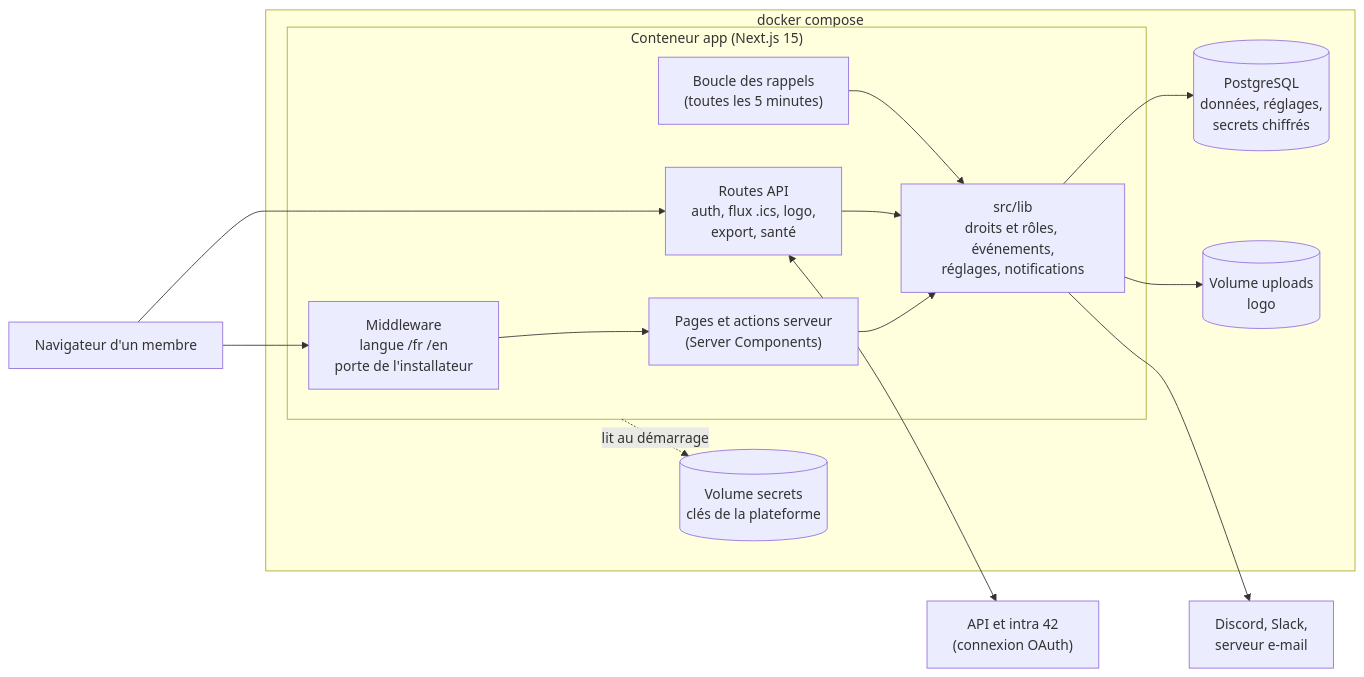
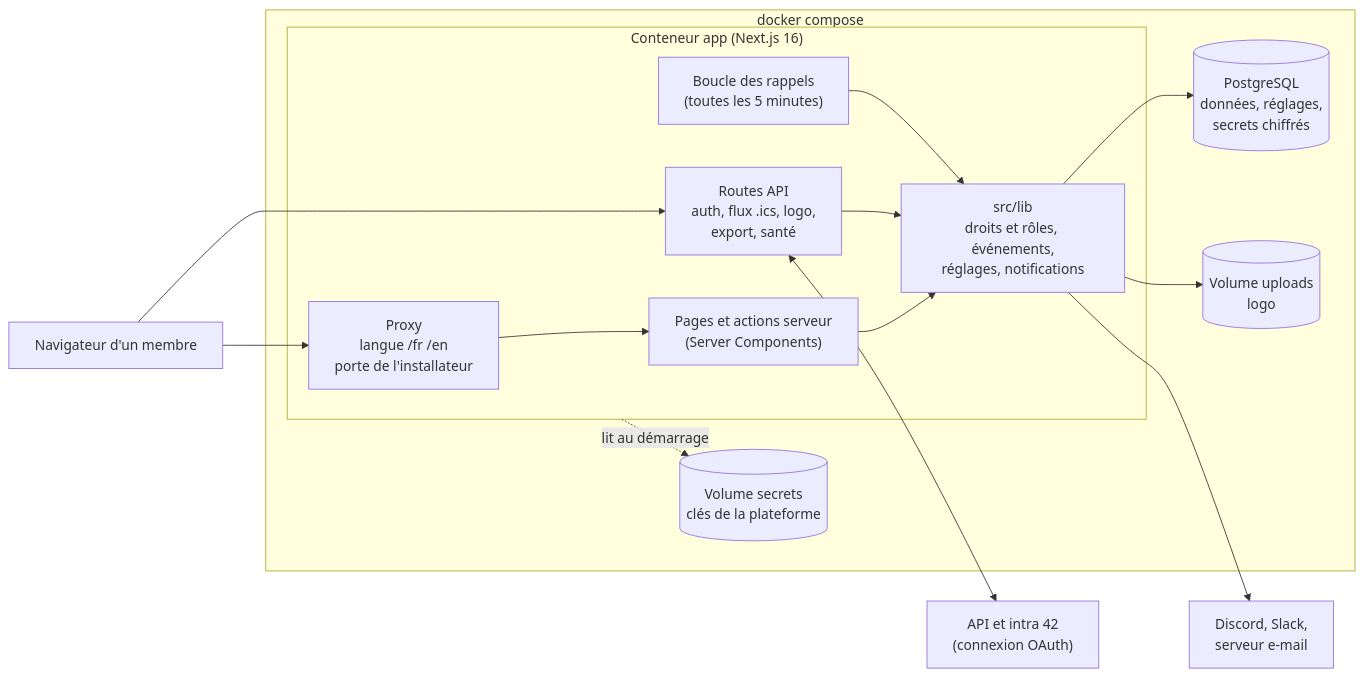
One commit to edouardbautz/BDE_Network changed the first of 2 diagrams in docs/fr/contributing.md. Above: the diagram before and after it, drawn with Mermaid. The commit also changed 28 other files, not shown here.

````diff
--- a/docs/fr/contributing.md
+++ b/docs/fr/contributing.md
@@ -18,31 +18,31 @@
 ```mermaid
 flowchart LR
   browser["Navigateur d'un membre"]
 
   subgraph docker["docker compose"]
-    subgraph app["Conteneur app (Next.js 15)"]
-      middleware["Middleware<br/>langue /fr /en<br/>porte de l'installateur"]
+    subgraph app["Conteneur app (Next.js 16)"]
+      middleware["Proxy<br/>langue /fr /en<br/>porte de l'installateur"]
       pages["Pages et actions serveur<br/>(Server Components)"]
       api["Routes API<br/>auth, flux .ics, logo,<br/>export, santé"]
       lib["src/lib<br/>droits et rôles, événements,<br/>réglages, notifications"]
       scheduler["Boucle des rappels<br/>(toutes les 5 minutes)"]
     end
     db[("PostgreSQL<br/>données, réglages,<br/>secrets chiffrés")]
     secrets[("Volume secrets<br/>clés de la plateforme")]
     uploads[("Volume uploads<br/>logo")]
   end
 
   fortytwo["API et intra 42<br/>(connexion OAuth)"]
   channels["Discord, Slack,<br/>serveur e-mail"]
 
   browser --> middleware --> pages
   browser --> api
   pages --> lib
   api --> lib
   scheduler --> lib
   lib --> db
   lib --> uploads
   app -. lit au démarrage .-> secrets
   api <--> fortytwo
   lib --> channels
 ```
````
